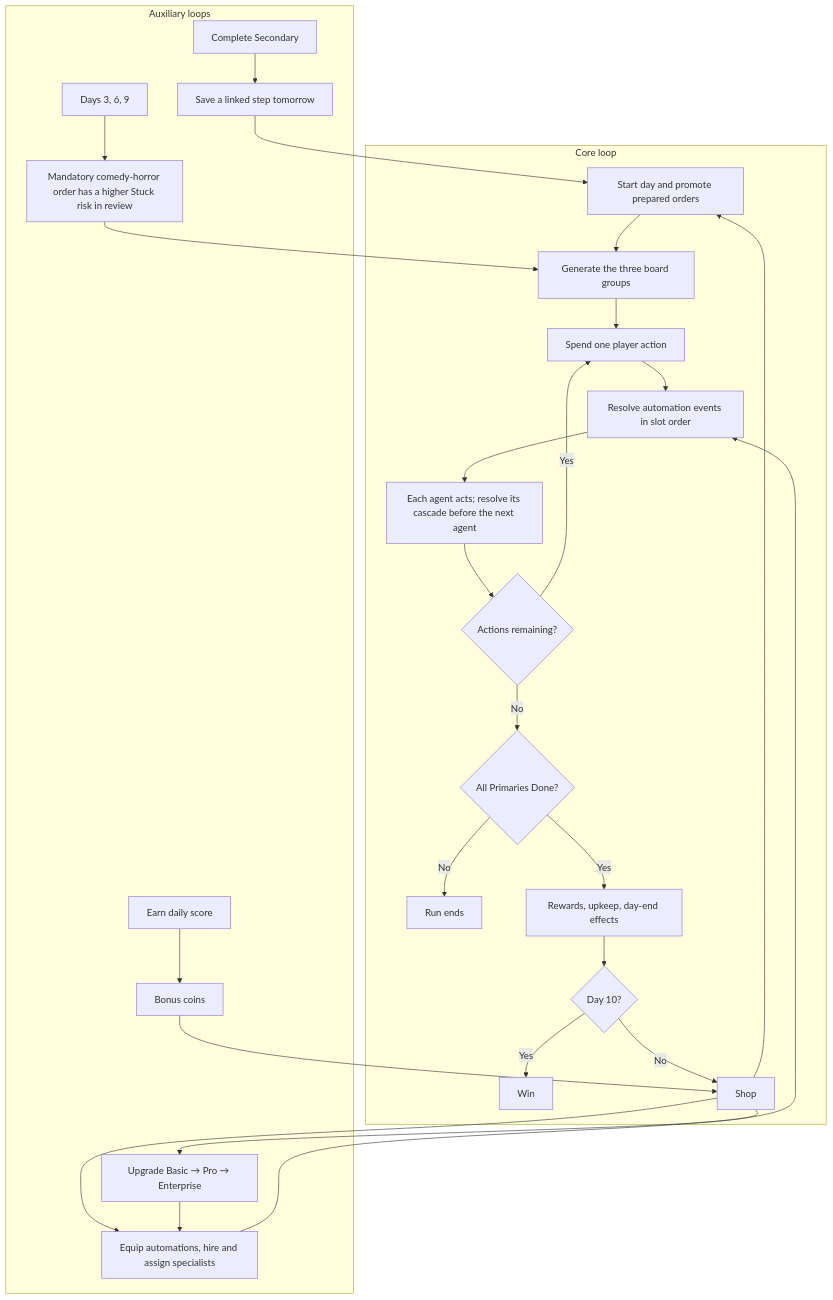
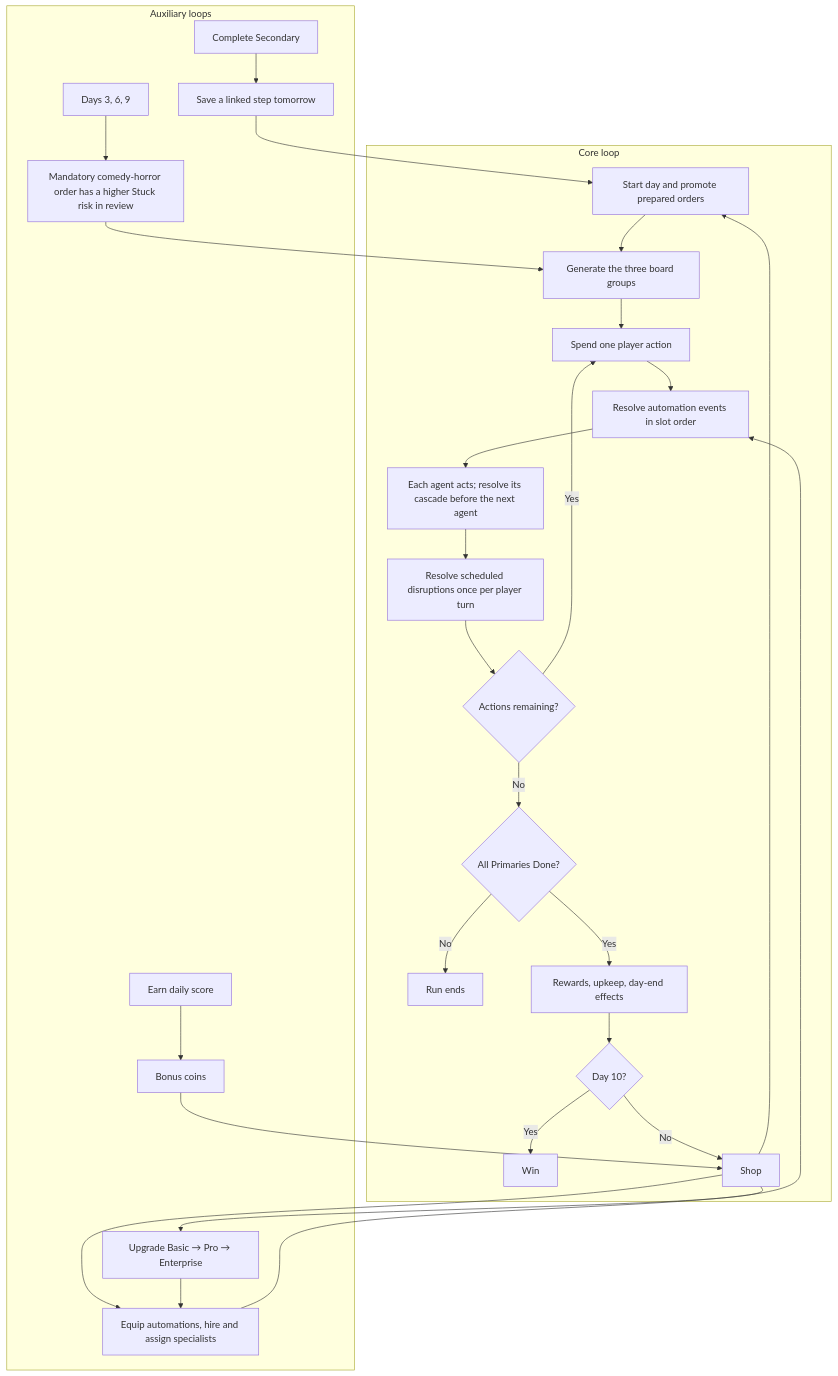
The diagram in plan/implementation.md (OrrSegevPersonal/monday-all-aboard-game), drawn with Mermaid before and after one commit. The commit also changed other lines of this file and 10 other files, not shown here.

````diff
--- a/plan/implementation.md
+++ b/plan/implementation.md
@@ -11,30 +11,31 @@
 ```mermaid
 flowchart TB
   subgraph Core[Core loop]
     A[Start day and promote prepared orders] --> B[Generate the three board groups]
     B --> C[Spend one player action]
     C --> D[Resolve automation events in slot order]
     D --> E[Each agent acts; resolve its cascade before the next agent]
-    E --> F{Actions remaining?}
+    E --> U[Resolve scheduled disruptions once per player turn]
+    U --> F{Actions remaining?}
     F -- Yes --> C
     F -- No --> G{All Primaries Done?}
     G -- No --> H[Run ends]
     G -- Yes --> I[Rewards, upkeep, day-end effects]
     I --> J{Day 10?}
     J -- Yes --> K[Win]
     J -- No --> L[Shop]
     L --> A
   end
   subgraph Auxiliary[Auxiliary loops]
     M[Complete Secondary] --> N[Save a linked step tomorrow]
     N --> A
     O[Earn daily score] --> P[Bonus coins]
     P --> L
     L --> Q[Equip automations, hire and assign specialists]
     Q --> D
     L --> R[Upgrade Basic → Pro → Enterprise]
     R --> Q
     S[Days 3, 6, 9] --> T[Mandatory comedy-horror order has a higher Stuck risk in review]
     T --> B
   end
 ```
````
